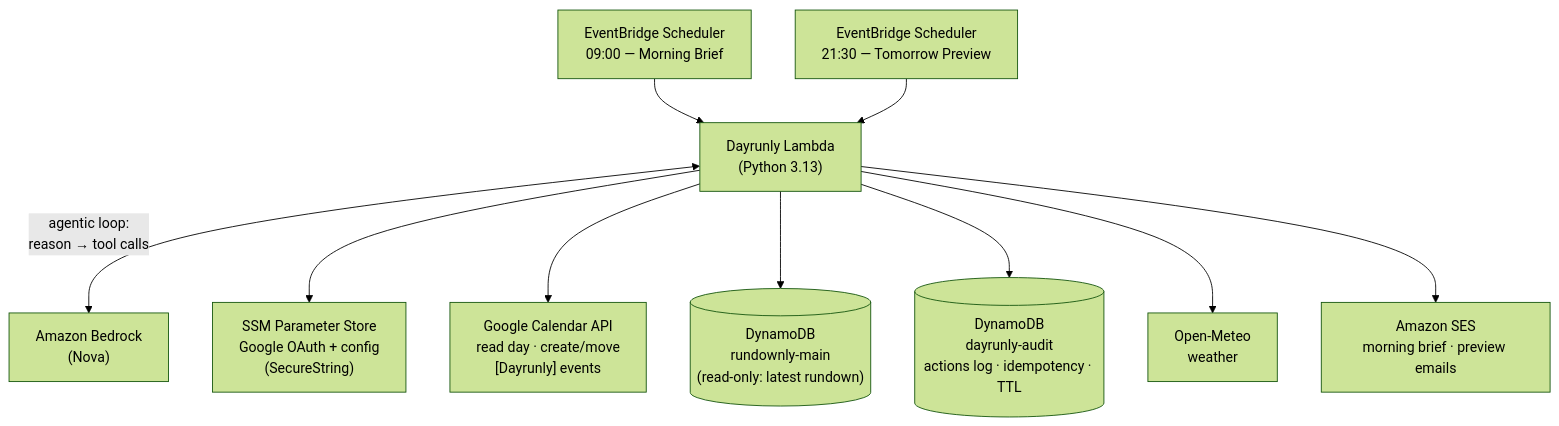
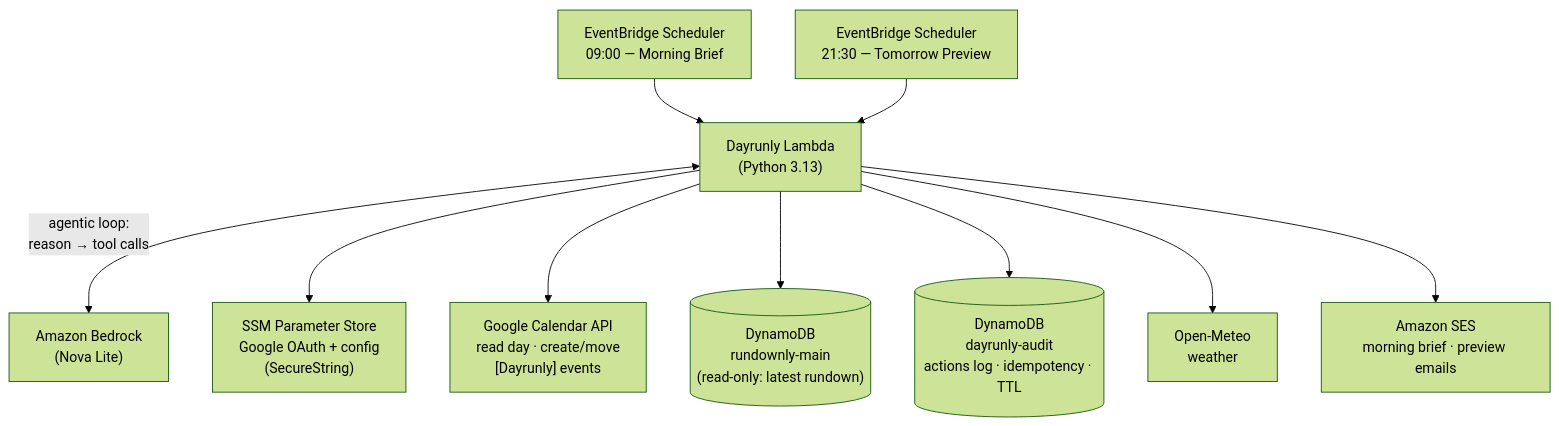
Before and after one commit to GiorgiTarsaidze/dayrunly: the diagram in README.md, drawn with Mermaid (forest theme). The commit also changed other lines of this file and 2 other files, not shown here.

````diff
--- a/README.md
+++ b/README.md
@@ -9,12 +7,12 @@
 ```mermaid
 flowchart TD
     S1["EventBridge Scheduler<br/>09:00 — Morning Brief"] --> L
     S2["EventBridge Scheduler<br/>21:30 — Tomorrow Preview"] --> L
-    L["Dayrunly Lambda<br/>(Python 3.13)"] <-->|"agentic loop:<br/>reason → tool calls"| B["Amazon Bedrock<br/>(Nova)"]
+    L["Dayrunly Lambda<br/>(Python 3.13)"] <-->|"agentic loop:<br/>reason → tool calls"| B["Amazon Bedrock<br/>(Nova Lite)"]
     L --> SSM["SSM Parameter Store<br/>Google OAuth + config<br/>(SecureString)"]
     L --> GC["Google Calendar API<br/>read day · create/move<br/>[Dayrunly] events"]
     L --> RD[("DynamoDB<br/>rundownly-main<br/>(read-only: latest rundown)")]
     L --> AU[("DynamoDB<br/>dayrunly-audit<br/>actions log · idempotency · TTL")]
     L --> W["Open-Meteo<br/>weather"]
     L --> SES["Amazon SES<br/>morning brief · preview emails"]
 ```
````
